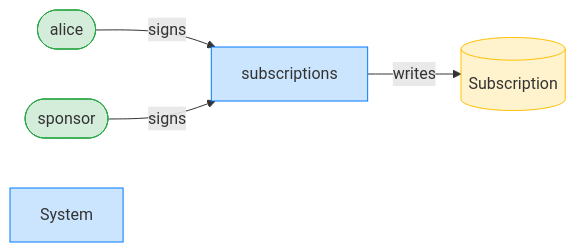
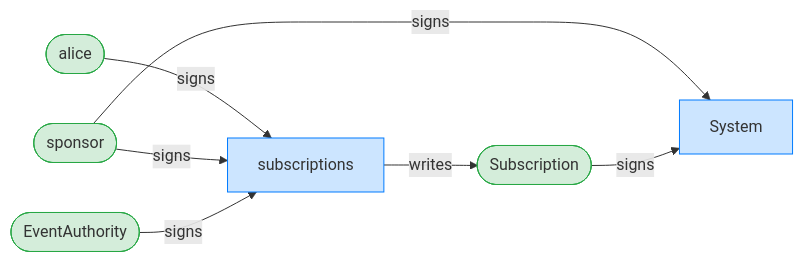
One commit to cds-rs/subscriptions changed diagram 11 of 20 in dsl_tests/a-subscriber-revoke-routes-rent-to-the-sponsor.md. Above: the diagram before and after it, drawn with Mermaid. The commit also changed other lines of this file and 224 other files, not shown here.

````diff
--- a/dsl_tests/a-subscriber-revoke-routes-rent-to-the-sponsor.md
+++ b/dsl_tests/a-subscriber-revoke-routes-rent-to-the-sponsor.md
@@ -209,14 +218,18 @@
 ```mermaid
 flowchart LR
     classDef signer fill:#d4edda,stroke:#28a745;
     classDef program fill:#cce5ff,stroke:#007bff;
     classDef writable fill:#fff3cd,stroke:#ffc107;
     subscriptions[subscriptions]:::program
     alice([alice]):::signer
-    Subscription[(Subscription)]:::writable
+    Subscription([Subscription]):::signer
     sponsor([sponsor]):::signer
     System[System]:::program
+    EventAuthority([EventAuthority]):::signer
     alice -->|signs| subscriptions
     sponsor -->|signs| subscriptions
+    sponsor -->|signs| System
+    Subscription -->|signs| System
+    EventAuthority -->|signs| subscriptions
     subscriptions -->|writes| Subscription
 ```
````
